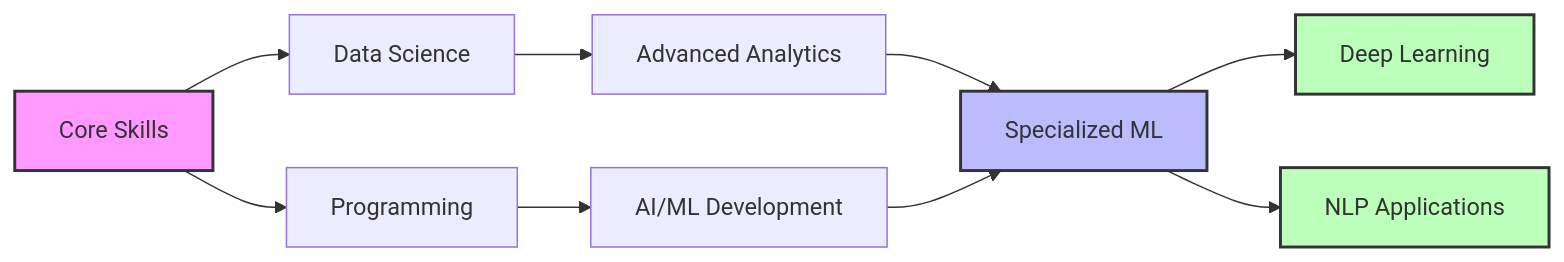
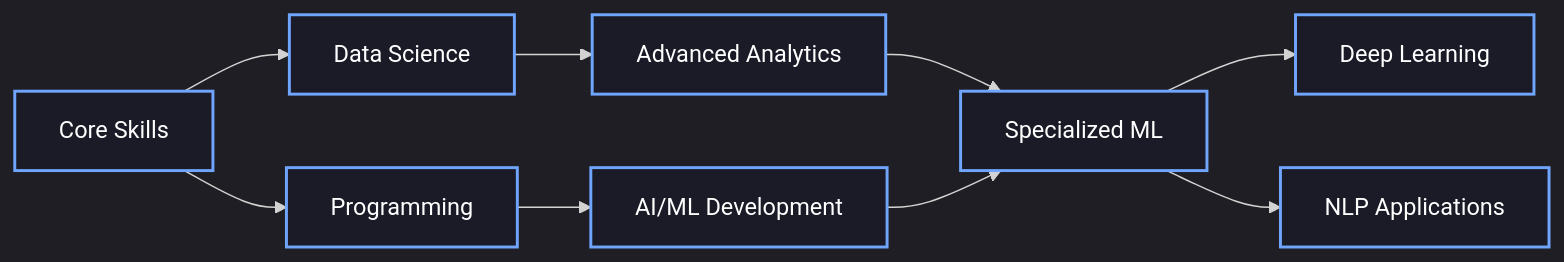
The fourth of 4 diagrams in README.md (saisrinivas194/saisrinivas194), drawn with Mermaid before and after one commit. The commit also changed other lines of this file, not shown here.

````diff
--- a/README.md
+++ b/README.md
@@ -270,16 +156,14 @@
 ```mermaid
+%%{init: { 'theme': 'dark', 'themeVariables': { 'fontFamily': 'monospace' }}}%%
 graph LR
     A[Core Skills] --> B[Data Science]
     A --> C[Programming]
     B --> D[Advanced Analytics]
     C --> E[AI/ML Development]
     D --> F[Specialized ML]
     E --> F
     F --> G[Deep Learning]
     F --> H[NLP Applications]
     
-    style A fill:#f9f,stroke:#333,stroke-width:2px
-    style F fill:#bbf,stroke:#333,stroke-width:2px
-    style G fill:#bfb,stroke:#333,stroke-width:2px
-    style H fill:#bfb,stroke:#333,stroke-width:2px
+    classDef default fill:#1A1B27,stroke:#70A5FD,stroke-width:2px,color:#ffffff;
 ```
````
